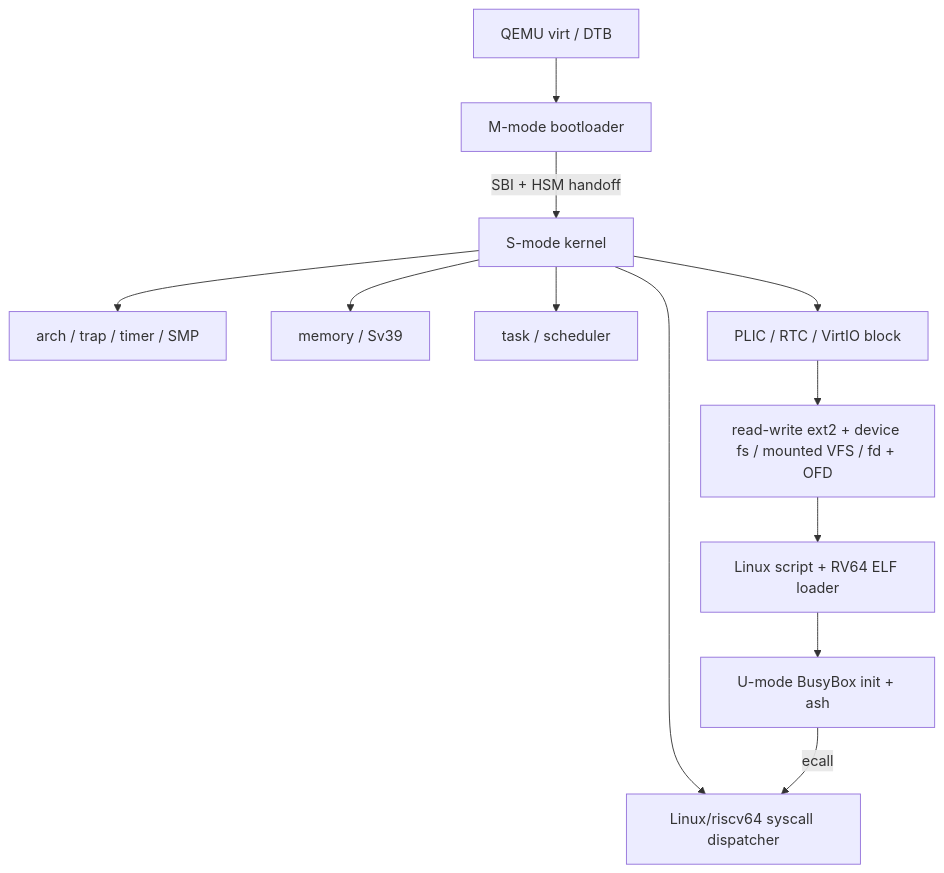
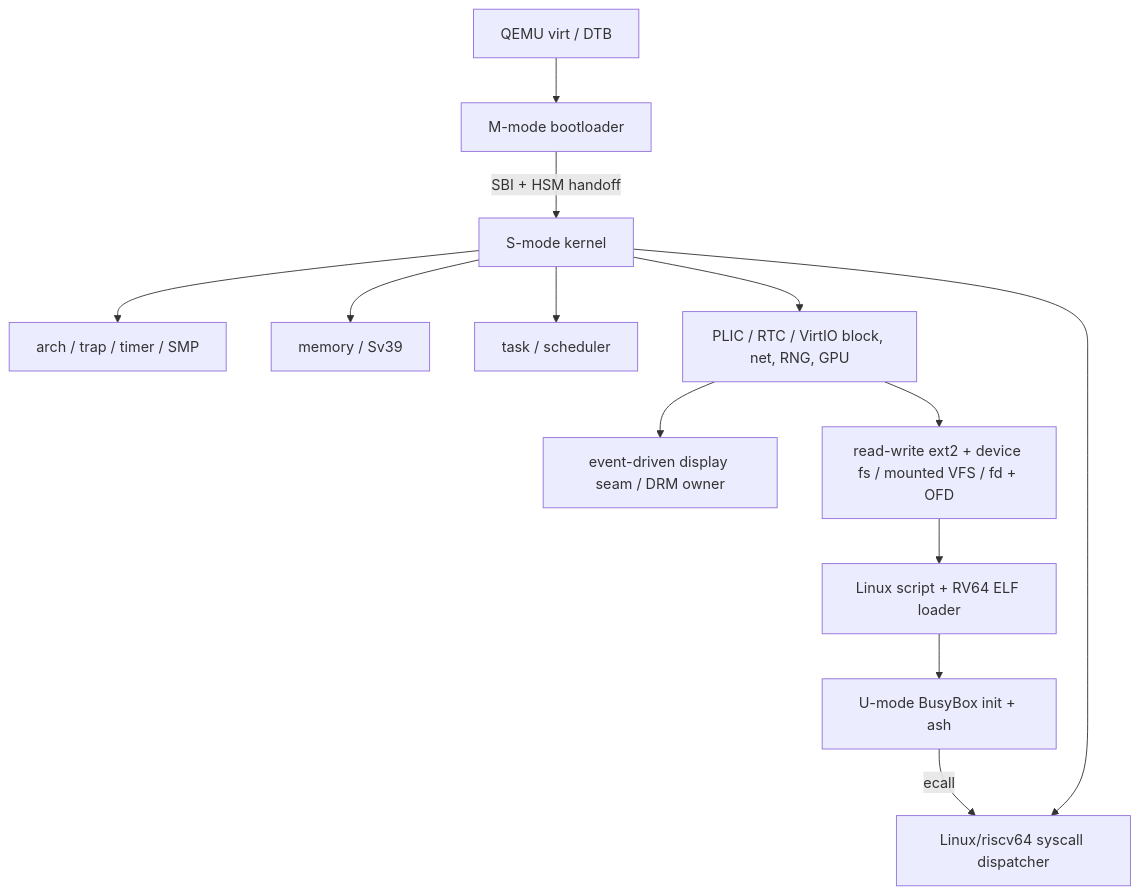
One commit to gitwillsky/lite_os changed the diagram in docs/architecture.md. Above: the diagram before and after it, drawn with Mermaid. The commit also changed other lines of this file and 51 other files, not shown here.

````diff
--- a/docs/architecture.md
+++ b/docs/architecture.md
@@ -20,14 +20,15 @@
 ```mermaid
 flowchart TD
     Q["QEMU virt / DTB"] --> B["M-mode bootloader"]
     B -->|"SBI + HSM handoff"| K["S-mode kernel"]
     K --> A["arch / trap / timer / SMP"]
     K --> M["memory / Sv39"]
     K --> T["task / scheduler"]
-    K --> D["PLIC / RTC / VirtIO block"]
+    K --> D["PLIC / RTC / VirtIO block, net, RNG, GPU"]
+    D --> R["event-driven display seam / DRM owner"]
     D --> F["read-write ext2 + device fs / mounted VFS / fd + OFD"]
     K --> S["Linux/riscv64 syscall dispatcher"]
     F --> E["Linux script + RV64 ELF loader"]
     E --> U["U-mode BusyBox init + ash"]
     U -->|"ecall"| S
 ```
````
